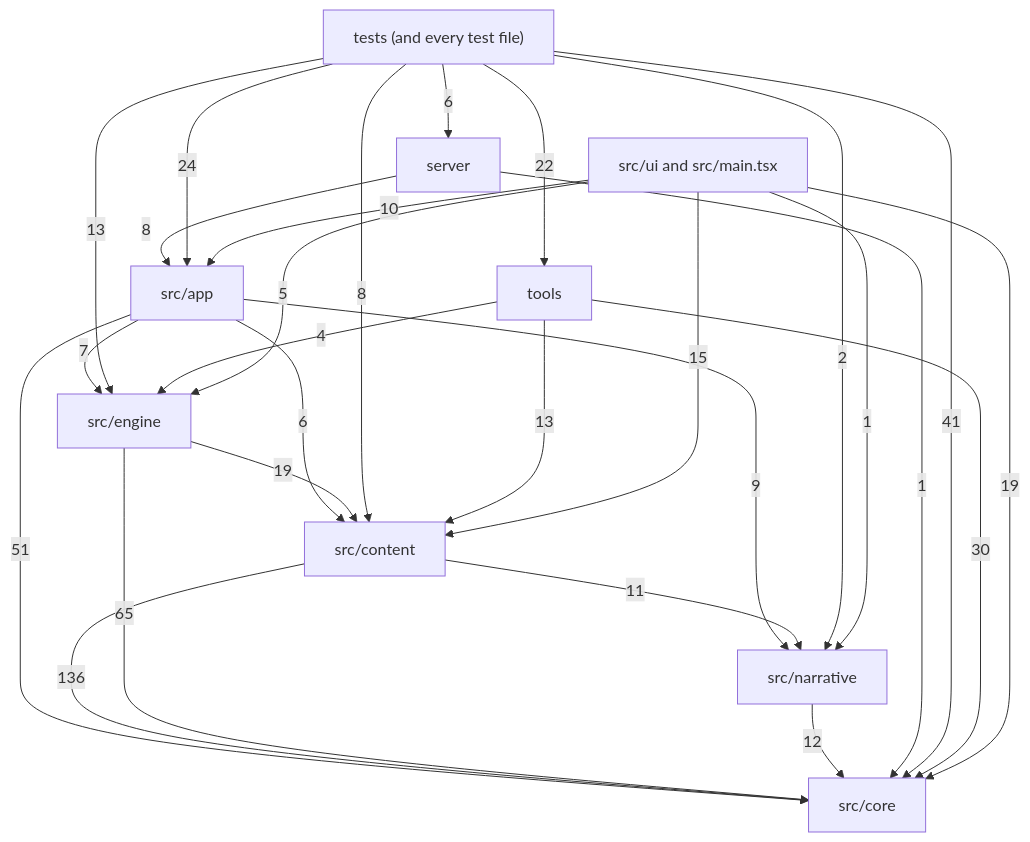
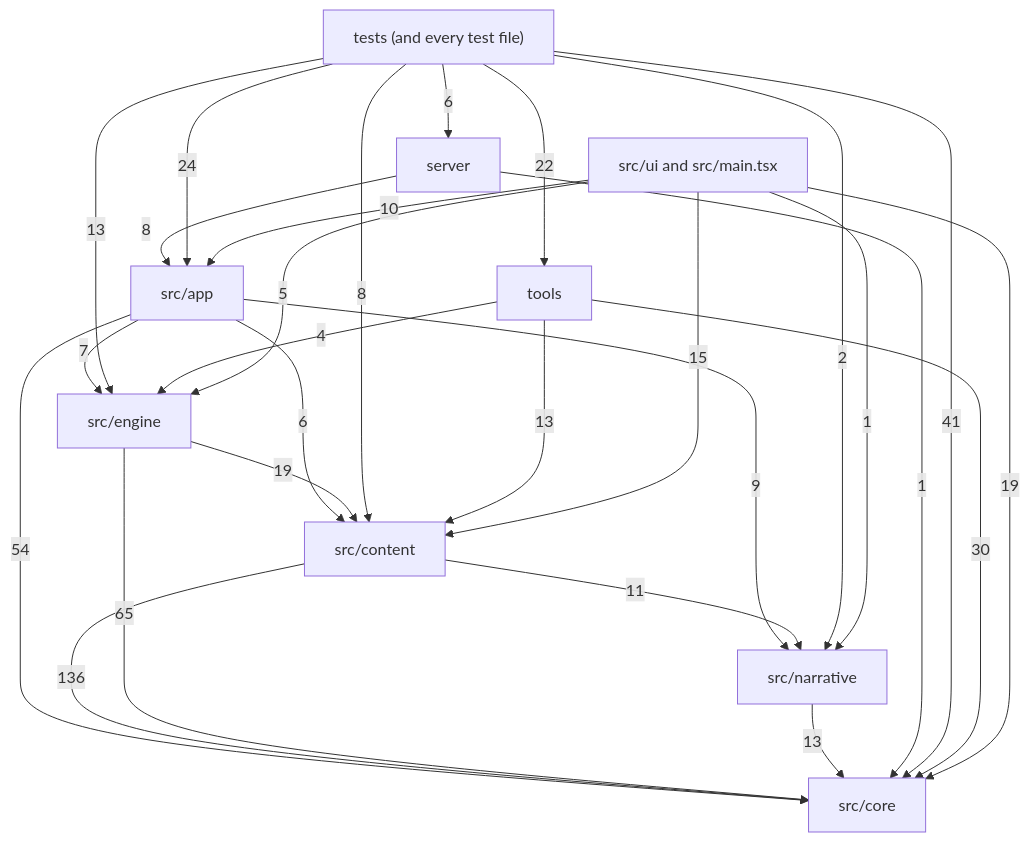
The diagram in docs/reference/code-map/README.md (OrangeB0lt/Cyber-funk), drawn with Mermaid before and after one commit. The commit also changed 13 other files, not shown here.

````diff
--- a/docs/reference/code-map/README.md
+++ b/docs/reference/code-map/README.md
@@ -29,38 +29,38 @@
 ```mermaid
 flowchart TD
   core["src/core"]
   narrative["src/narrative"]
   content["src/content"]
   engine["src/engine"]
   app["src/app"]
   ui["src/ui and src/main.tsx"]
   server["server"]
   tools["tools"]
   tests["tests (and every test file)"]
   app -->|6| content
-  app -->|51| core
+  app -->|54| core
   app -->|7| engine
   app -->|9| narrative
   content -->|136| core
   content -->|11| narrative
   engine -->|19| content
   engine -->|65| core
-  narrative -->|12| core
+  narrative -->|13| core
   server -->|8| app
   server -->|1| core
   tests -->|24| app
   tests -->|8| content
   tests -->|41| core
   tests -->|13| engine
   tests -->|2| narrative
   tests -->|6| server
   tests -->|22| tools
   tools -->|13| content
   tools -->|30| core
   tools -->|4| engine
   ui -->|10| app
   ui -->|15| content
   ui -->|19| core
   ui -->|5| engine
   ui -->|1| narrative
 ```
````
